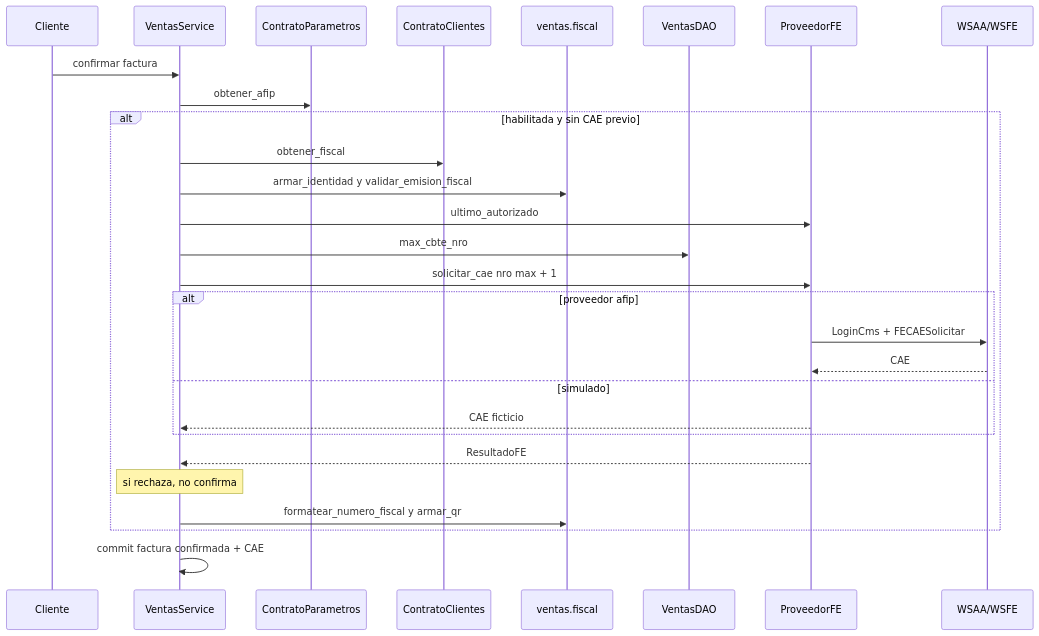
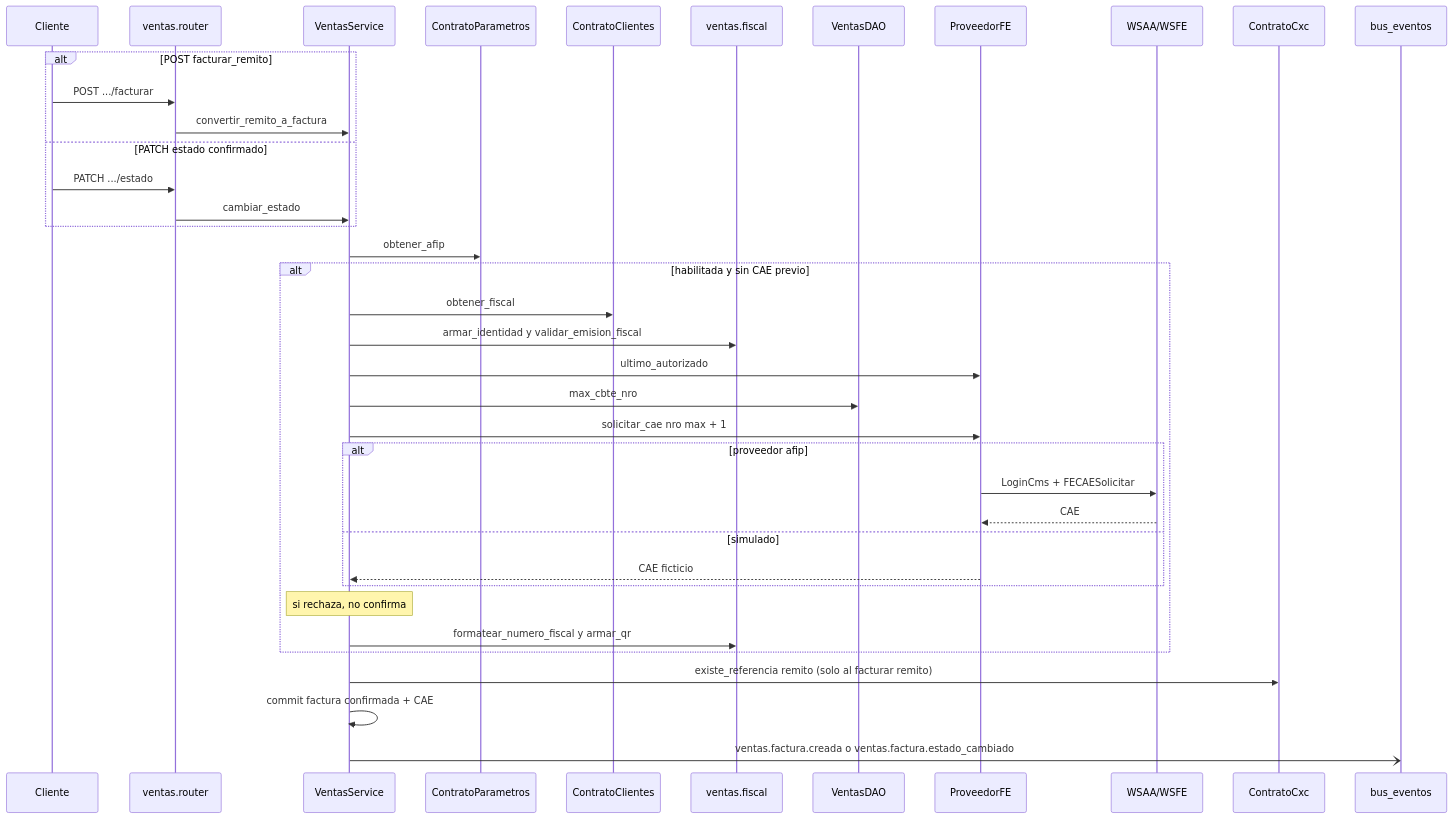
One commit to estsan3/ventas360-api changed the second of 2 diagrams in docs/diagramas/ventas.md. Above: the diagram before and after it, drawn with Mermaid. The commit also changed other lines of this file and 21 other files, not shown here.

First line of the commit message:
docs: re-sincronizar diagramas de secuencia por módulo (2026-11-11)

````diff
--- a/docs/diagramas/ventas.md
+++ b/docs/diagramas/ventas.md
@@ -43,31 +47,41 @@
 ```mermaid
 sequenceDiagram
     participant Cliente
+    participant Router as ventas.router
     participant Service as VentasService
     participant Param as ContratoParametros
     participant Clientes as ContratoClientes
     participant Fiscal as ventas.fiscal
     participant DAO as VentasDAO
     participant FE as ProveedorFE
     participant ARCA as WSAA/WSFE
+    participant Cxc as ContratoCxc
+    participant Bus as bus_eventos
 
-    Cliente->>Service: confirmar factura
+    alt POST facturar_remito
+        Cliente->>Router: POST .../facturar
+        Router->>Service: convertir_remito_a_factura
+    else PATCH estado confirmado
+        Cliente->>Router: PATCH .../estado
+        Router->>Service: cambiar_estado
+    end
     Service->>Param: obtener_afip
     alt habilitada y sin CAE previo
         Service->>Clientes: obtener_fiscal
         Service->>Fiscal: armar_identidad y validar_emision_fiscal
         Service->>FE: ultimo_autorizado
         Service->>DAO: max_cbte_nro
         Service->>FE: solicitar_cae nro max + 1
         alt proveedor afip
             FE->>ARCA: LoginCms + FECAESolicitar
             ARCA-->>FE: CAE
         else simulado
             FE-->>Service: CAE ficticio
         end
-        FE-->>Service: ResultadoFE
         Note over Service: si rechaza, no confirma
         Service->>Fiscal: formatear_numero_fiscal y armar_qr
     end
+    Service->>Cxc: existe_referencia remito (solo al facturar remito)
     Service->>Service: commit factura confirmada + CAE
+    Service-)Bus: ventas.factura.creada o ventas.factura.estado_cambiado
 ```
````
